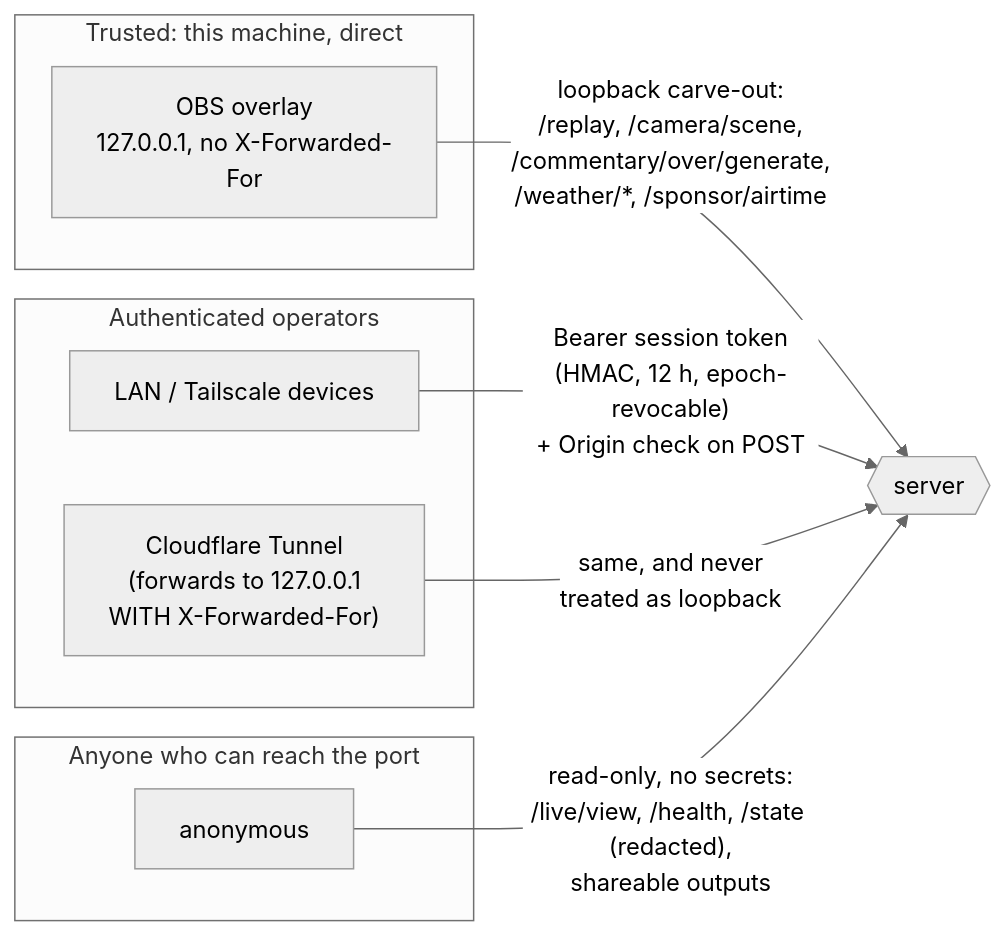
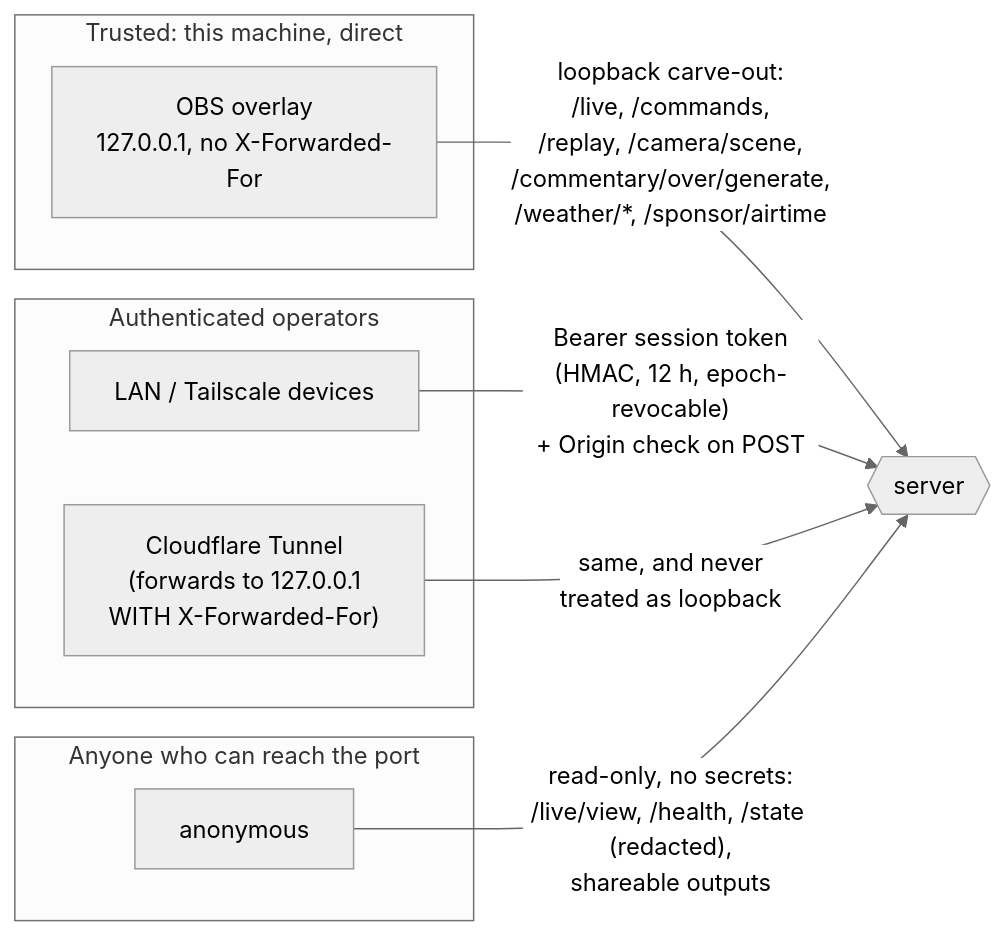
The eighth of 8 diagrams in ARCHITECTURE.md (BridestoweBelstoneCC/Cricket-Live-Stream), drawn with Mermaid (neutral theme) before and after one commit. The commit also changed other lines of this file and 2 other files, not shown here.

````diff
--- a/ARCHITECTURE.md
+++ b/ARCHITECTURE.md
@@ -588,19 +588,19 @@
 ```mermaid
 flowchart LR
     subgraph T0["Trusted: this machine, direct"]
         obsov["OBS overlay<br/>127.0.0.1, no X-Forwarded-For"]
     end
     subgraph T1["Authenticated operators"]
         lan["LAN / Tailscale devices"]
         cf["Cloudflare Tunnel<br/>(forwards to 127.0.0.1<br/>WITH X-Forwarded-For)"]
     end
     subgraph T2["Anyone who can reach the port"]
         anon["anonymous"]
     end
 
     srv{{"server"}}
-    obsov -- "loopback carve-out:<br/>/replay, /camera/scene,<br/>/commentary/over/generate,<br/>/weather/*, /sponsor/airtime" --> srv
+    obsov -- "loopback carve-out:<br/>/live, /commands,<br/>/replay, /camera/scene,<br/>/commentary/over/generate,<br/>/weather/*, /sponsor/airtime" --> srv
     lan -- "Bearer session token<br/>(HMAC, 12 h, epoch-revocable)<br/>+ Origin check on POST" --> srv
     cf -- "same, and never<br/>treated as loopback" --> srv
     anon -- "read-only, no secrets:<br/>/live/view, /health, /state (redacted),<br/>shareable outputs" --> srv
 ```
````
